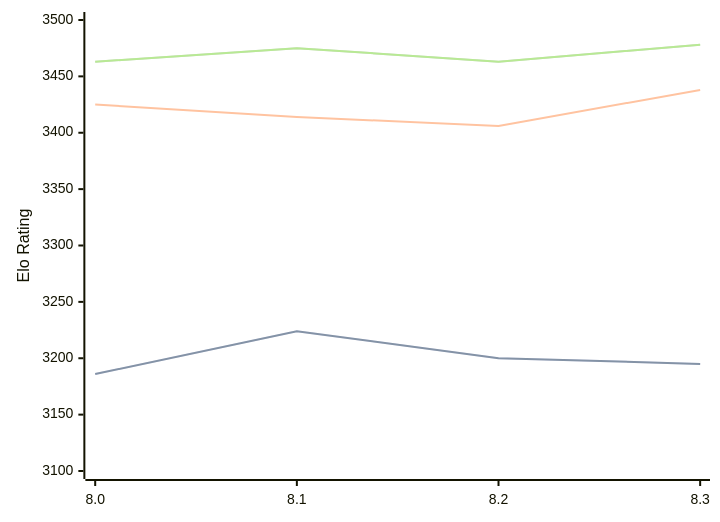
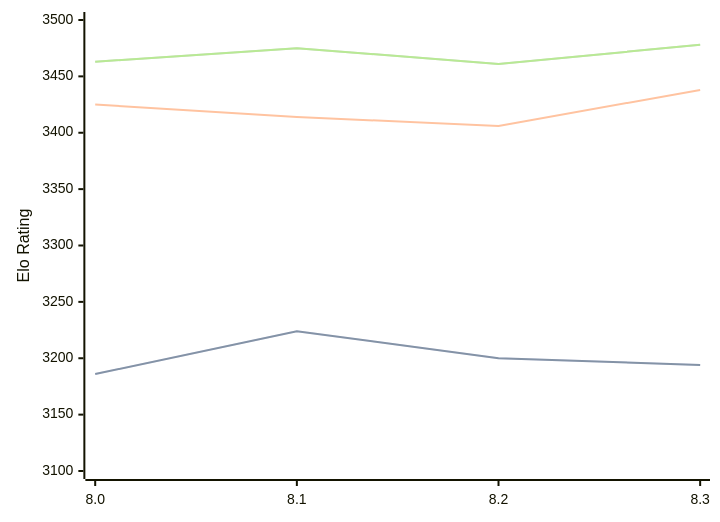
One commit to computer-chess-index/cci changed the diagram in engines/Alexander.md. Above: the diagram before and after it, drawn with Mermaid. The commit also changed other lines of this file, not shown here.

Commit message:
Update CCI Ratings (ELO VLTC) - 2026-05-07

````diff
--- a/engines/Alexander.md
+++ b/engines/Alexander.md
@@ -48,11 +48,11 @@
 ```mermaid
 %%{init: {"theme":"base","themeVariables":{"seriesColors:['#a3a3a3','#222221','#faa371']}}}%%
 xychart-beta
   x-axis ["8.0", "8.1", "8.2", "8.3"]
   y-axis "Elo Rating" 3100 --> 3500
-  line "STC (8.0+0.08s)" [3186, 3224, 3200, 3195]
-  line "STC (8.0+0.08s)" [3186, 3224, 3200, 3195]
+  line "STC (8.0+0.08s)" [3186, 3224, 3200, 3194]
+  line "STC (8.0+0.08s)" [3186, 3224, 3200, 3194]
   line "LTC (60.0+0.60s)" [3425, 3414, 3406, 3438]
-  line "VLTC (2m24s+1.12s)" [3463, 3475, 3463, 3478]
-  line "VLTC (2m24s+1.12s)" [3463, 3475, 3463, 3478]
+  line "VLTC (2m24s+1.12s)" [3463, 3475, 3461, 3478]
+  line "VLTC (2m24s+1.12s)" [3463, 3475, 3461, 3478]
 ```
````
